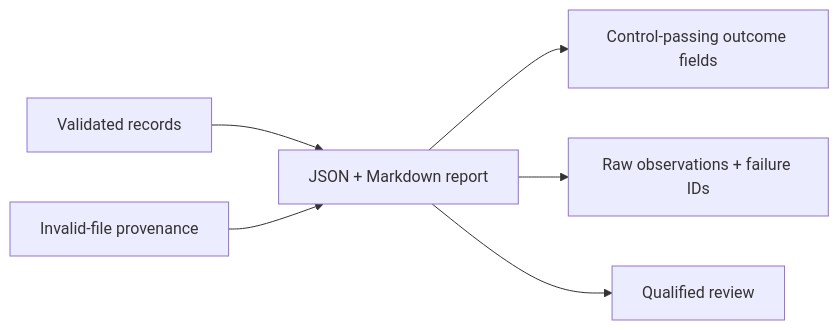
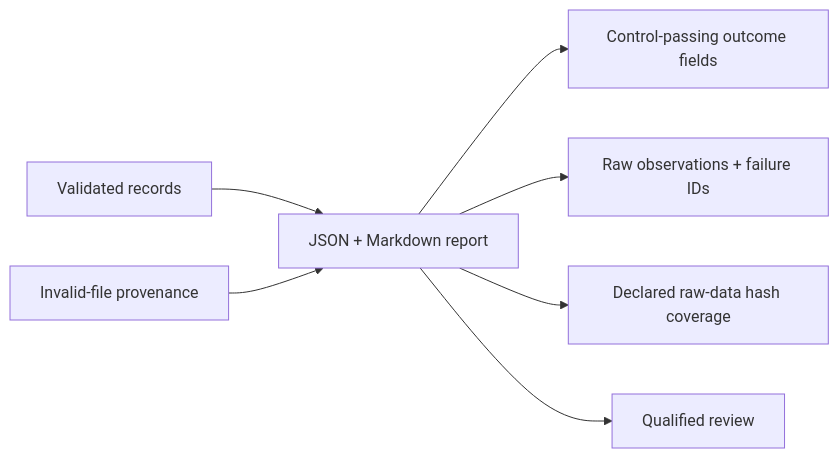
The first of 2 diagrams in src/openamp_foundry/reports/AGENTS.md (streamentry/OpenAMP-Foundry), drawn with Mermaid before and after one commit. The commit also changed other lines of this file and 14 other files, not shown here.

First line of the commit message:
expose raw assay provenance coverage

````diff
--- a/src/openamp_foundry/reports/AGENTS.md
+++ b/src/openamp_foundry/reports/AGENTS.md
@@ -18,8 +19,9 @@
 ```mermaid
 flowchart LR
   Records["Validated records"] --> Report["JSON + Markdown report"]
   Invalid["Invalid-file provenance"] --> Report
   Report --> Usable["Control-passing outcome fields"]
   Report --> Raw["Raw observations + failure IDs"]
+  Report --> Provenance["Declared raw-data hash coverage"]
   Report --> Review["Qualified review"]
 ```
````
